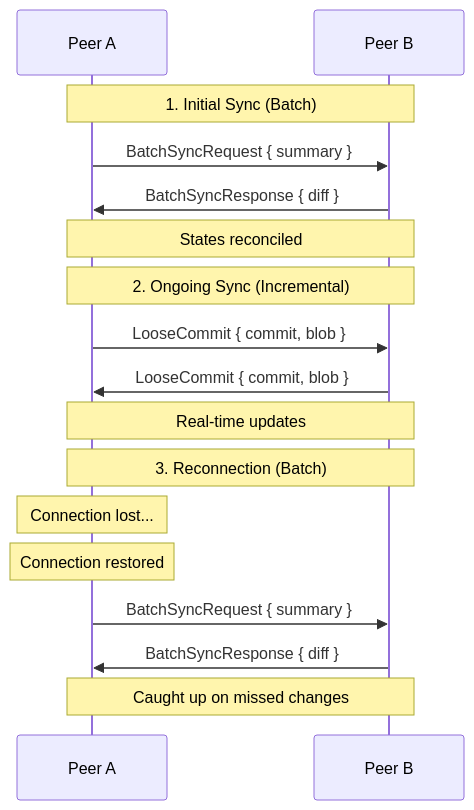
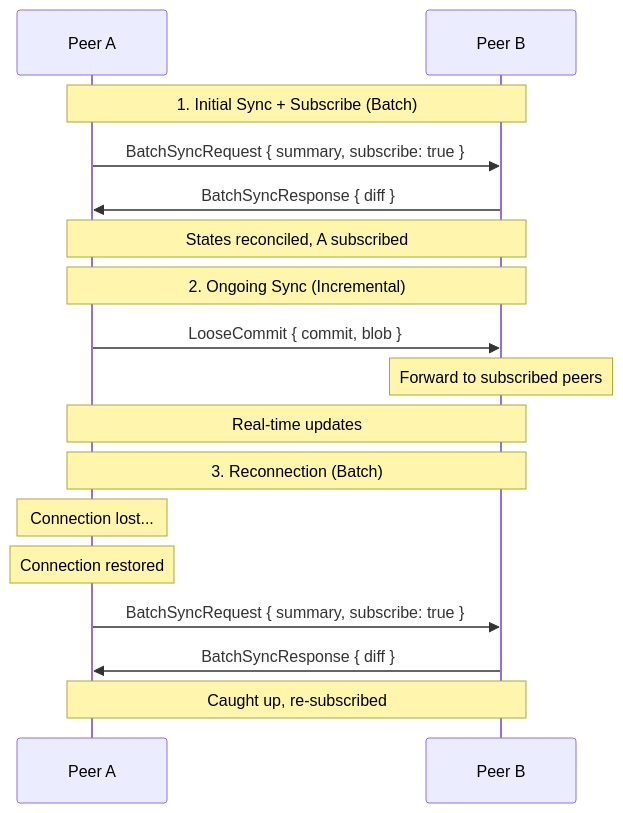
Before and after one commit to inkandswitch/subduction: the diagram in design/sync/README.md, drawn with Mermaid. The commit also changed other lines of this file and 4 other files, not shown here.

````diff
--- a/design/sync/README.md
+++ b/design/sync/README.md
@@ -14,22 +15,22 @@
 ```mermaid
 sequenceDiagram
     participant A as Peer A
     participant B as Peer B
 
-    Note over A,B: 1. Initial Sync (Batch)
-    A->>B: BatchSyncRequest { summary }
+    Note over A,B: 1. Initial Sync + Subscribe (Batch)
+    A->>B: BatchSyncRequest { summary, subscribe: true }
     B->>A: BatchSyncResponse { diff }
-    Note over A,B: States reconciled
+    Note over A,B: States reconciled, A subscribed
 
     Note over A,B: 2. Ongoing Sync (Incremental)
     A->>B: LooseCommit { commit, blob }
-    B->>A: LooseCommit { commit, blob }
+    Note over B: Forward to subscribed peers
     Note over A,B: Real-time updates
 
     Note over A,B: 3. Reconnection (Batch)
     Note over A: Connection lost...
     Note over A: Connection restored
-    A->>B: BatchSyncRequest { summary }
+    A->>B: BatchSyncRequest { summary, subscribe: true }
     B->>A: BatchSyncResponse { diff }
-    Note over A,B: Caught up on missed changes
+    Note over A,B: Caught up, re-subscribed
 ```
````
